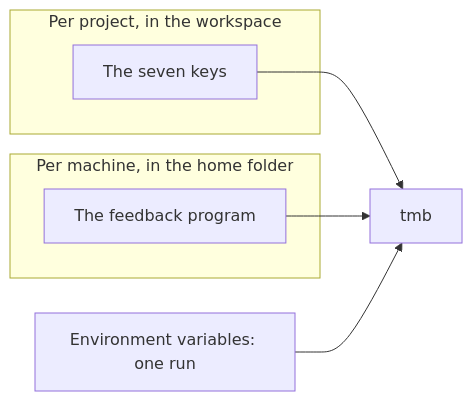
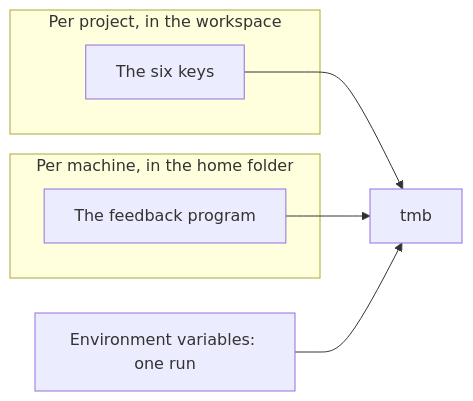
The first of 2 diagrams in docs/architecture/CONFIG.md (trustmybot/tmb), drawn with Mermaid before and after one commit. The commit also changed other lines of this file and 4 other files, not shown here.

````diff
--- a/docs/architecture/CONFIG.md
+++ b/docs/architecture/CONFIG.md
@@ -5,13 +5,13 @@
 ```mermaid
 flowchart LR
     subgraph P["Per project, in the workspace"]
-        S["The seven keys"]
+        S["The six keys"]
     end
     subgraph M["Per machine, in the home folder"]
         F["The feedback program"]
     end
     E["Environment variables: one run"]
     S --> T["tmb"]
     F --> T
     E --> T
 ```
````
